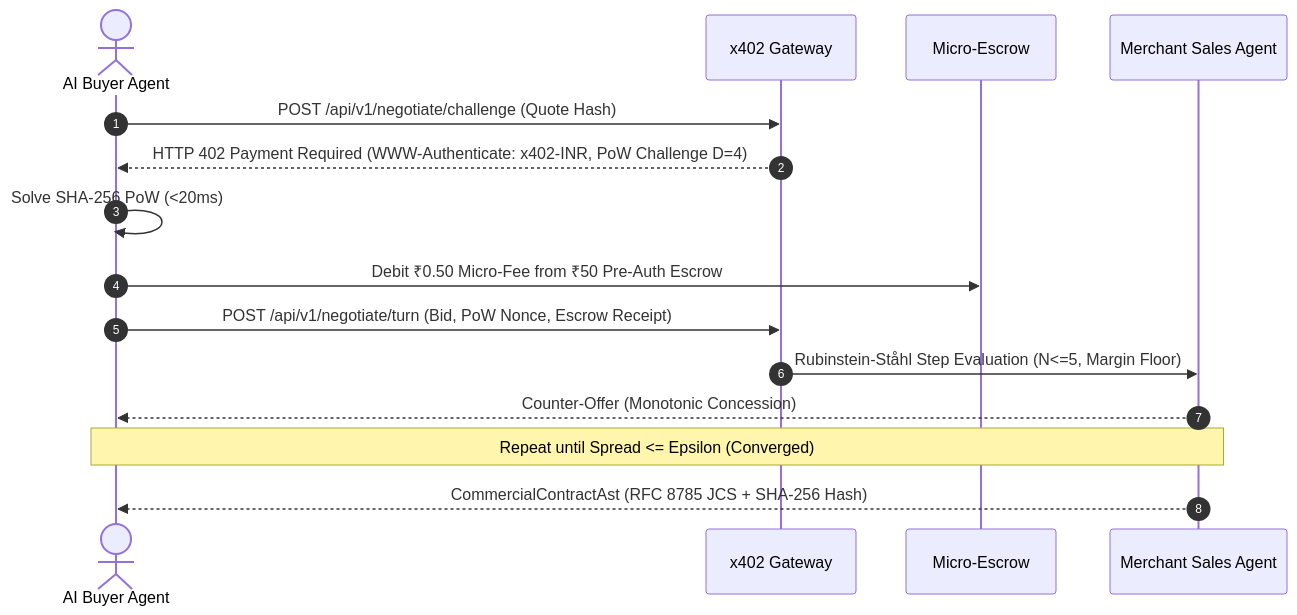
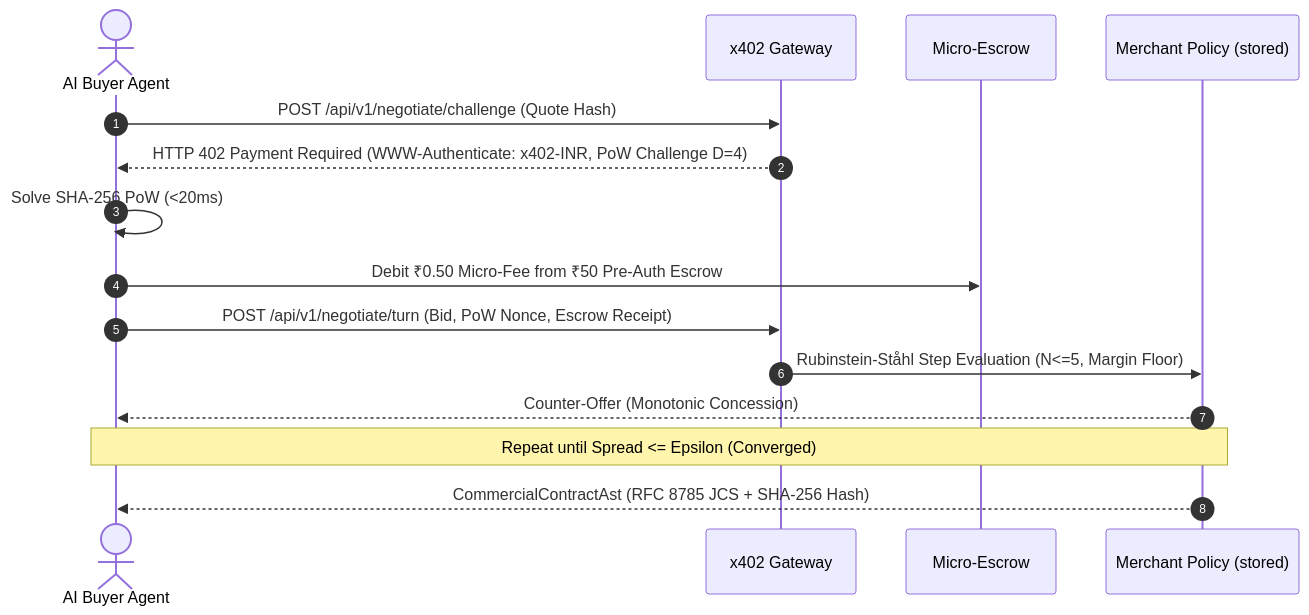
The second of 4 diagrams in GUIDE.md (Galaxus21/razoragentMesh), drawn with Mermaid before and after one commit. The commit also changed other lines of this file and 161 other files, not shown here.

````diff
--- a/GUIDE.md
+++ b/GUIDE.md
@@ -135,18 +135,18 @@
 ```mermaid
 sequenceDiagram
     autonumber
     actor BuyerAgent as AI Buyer Agent
     participant Gateway as x402 Gateway
     participant Escrow as Micro-Escrow
-    participant SellerAgent as Merchant Sales Agent
+    participant SellerPolicy as Merchant Policy (stored)
 
     BuyerAgent->>Gateway: POST /api/v1/negotiate/challenge (Quote Hash)
     Gateway-->>BuyerAgent: HTTP 402 Payment Required (WWW-Authenticate: x402-INR, PoW Challenge D=4)
     BuyerAgent->>BuyerAgent: Solve SHA-256 PoW (<20ms)
     BuyerAgent->>Escrow: Debit ₹0.50 Micro-Fee from ₹50 Pre-Auth Escrow
     BuyerAgent->>Gateway: POST /api/v1/negotiate/turn (Bid, PoW Nonce, Escrow Receipt)
-    Gateway->>SellerAgent: Rubinstein-Ståhl Step Evaluation (N<=5, Margin Floor)
-    SellerAgent-->>BuyerAgent: Counter-Offer (Monotonic Concession)
-    Note over BuyerAgent,SellerAgent: Repeat until Spread <= Epsilon (Converged)
-    SellerAgent-->>BuyerAgent: CommercialContractAst (RFC 8785 JCS + SHA-256 Hash)
+    Gateway->>SellerPolicy: Rubinstein-Ståhl Step Evaluation (N<=5, Margin Floor)
+    SellerPolicy-->>BuyerAgent: Counter-Offer (Monotonic Concession)
+    Note over BuyerAgent,SellerPolicy: Repeat until Spread <= Epsilon (Converged)
+    SellerPolicy-->>BuyerAgent: CommercialContractAst (RFC 8785 JCS + SHA-256 Hash)
 ```
````
